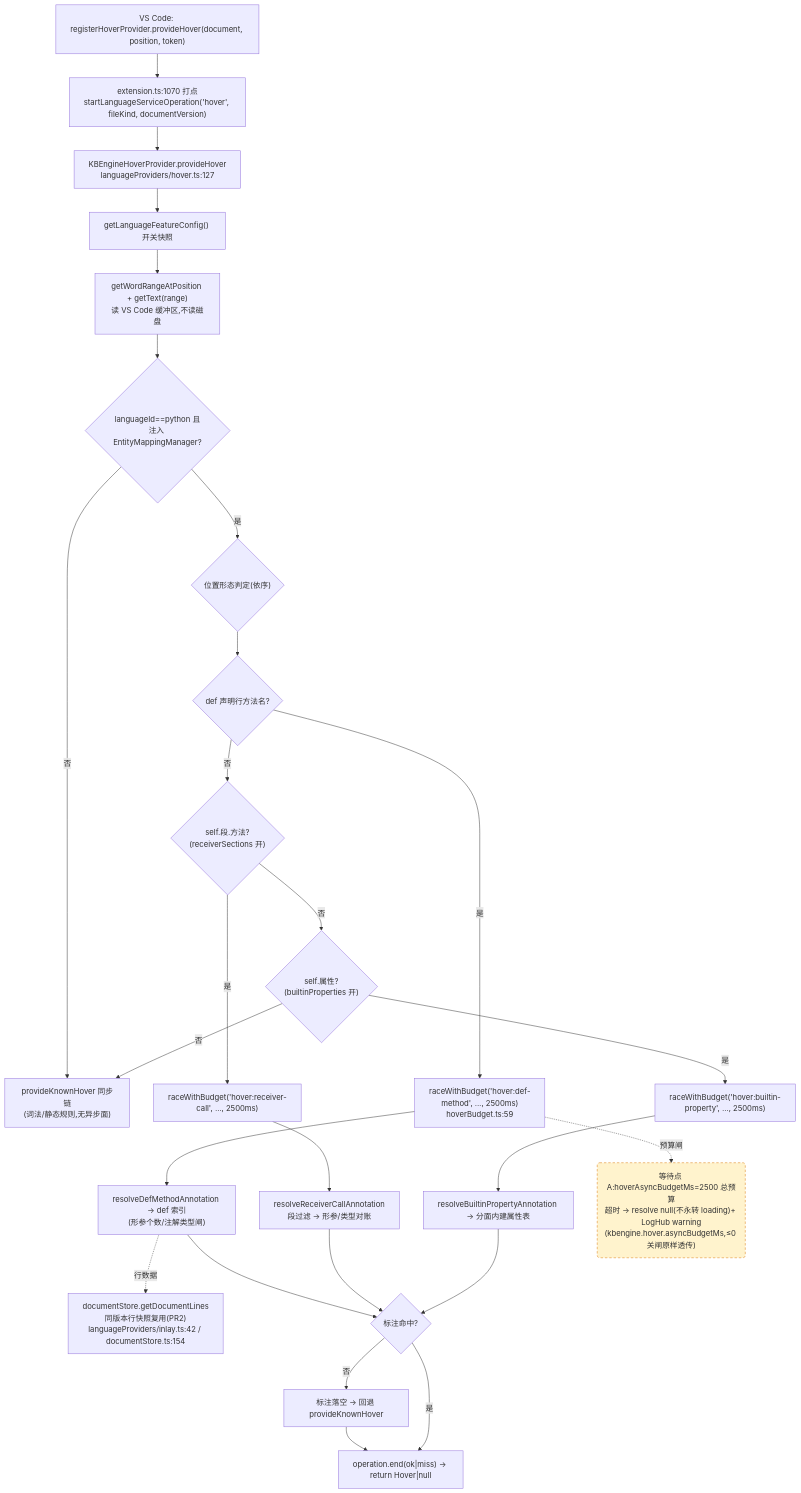
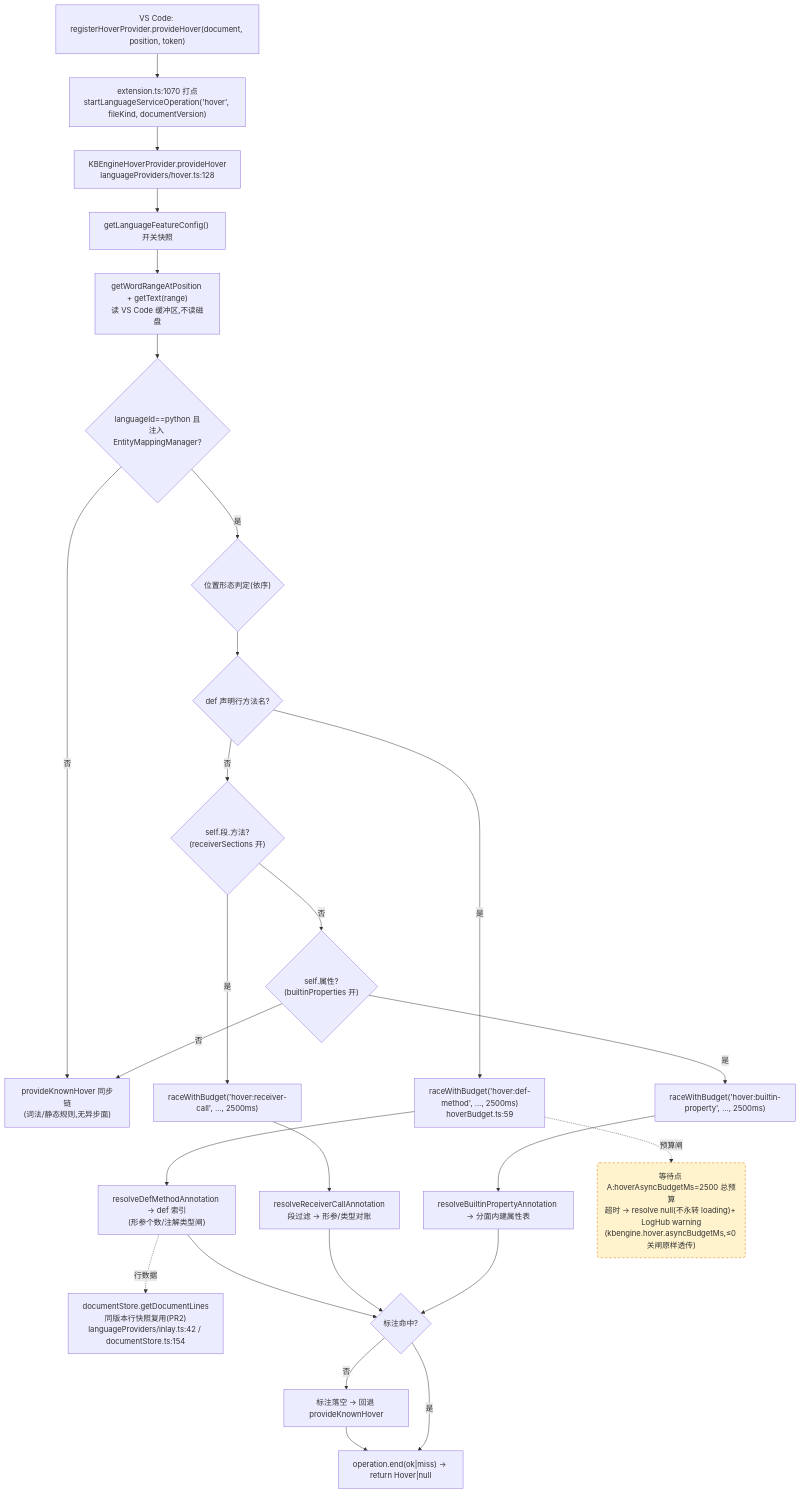
One commit to cuihairu/kode changed the first of 4 diagrams in docs/perf/2026-baseline.md. Above: the diagram before and after it, drawn with Mermaid. The commit also changed other lines of this file and 5 other files, not shown here.

First line of the commit message:
refactor(arch): KODE-ARCH-001 step 5 — extract languageProviders/navigation (pure move)

````diff
--- a/docs/perf/2026-baseline.md
+++ b/docs/perf/2026-baseline.md
@@ -82,45 +82,45 @@
 ```mermaid
 flowchart TD
   VC1["VS Code: registerHoverProvider.provideHover(document, position, token)"]
   M1["extension.ts:1070 打点<br/>startLanguageServiceOperation('hover', fileKind, documentVersion)"]
-  HP["KBEngineHoverProvider.provideHover<br/>languageProviders/hover.ts:127"]
+  HP["KBEngineHoverProvider.provideHover<br/>languageProviders/hover.ts:128"]
   CFG["getLanguageFeatureConfig() 开关快照"]
   WORD["getWordRangeAtPosition + getText(range)<br/>读 VS Code 缓冲区,不读磁盘"]
   BR{"languageId==python 且<br/>注入 EntityMappingManager?"}
   KN["provideKnownHover 同步链<br/>(词法/静态规则,无异步面)"]
   POS{"位置形态判定(依序)"}
   D1{"def 声明行方法名?"}
   D2{"self.段.方法?<br/>(receiverSections 开)"}
   D3{"self.属性?<br/>(builtinProperties 开)"}
   RA1["raceWithBudget('hover:def-method', …, 2500ms)<br/>hoverBudget.ts:59"]
   RA2["raceWithBudget('hover:receiver-call', …, 2500ms)"]
   RA3["raceWithBudget('hover:builtin-property', …, 2500ms)"]
   RS1["resolveDefMethodAnnotation → def 索引<br/>(形参个数/注解类型闸)"]
   RS2["resolveReceiverCallAnnotation<br/>段过滤 → 形参/类型对账"]
   RS3["resolveBuiltinPropertyAnnotation → 分面内建属性表"]
   LINES["documentStore.getDocumentLines<br/>同版本行快照复用(PR2)<br/>languageProviders/inlay.ts:42 / documentStore.ts:154"]
   MISS["标注落空 → 回退 provideKnownHover"]
   END1["operation.end(ok|miss) → return Hover|null"]
 
   VC1 --> M1 --> HP --> CFG --> WORD --> BR
   BR -- "否" --> KN
   BR -- "是" --> POS --> D1
   D1 -- "是" --> RA1 --> RS1
   D1 -- "否" --> D2
   D2 -- "是" --> RA2 --> RS2
   D2 -- "否" --> D3
   D3 -- "是" --> RA3 --> RS3
   D3 -- "否" --> KN
   RS1 --> HIT{"标注命中?"}
   RS2 --> HIT
   RS3 --> HIT
   RS1 -.->|行数据| LINES
   HIT -- "否" --> MISS --> END1
   HIT -- "是" --> END1
 
   WAITA("等待点 A:hoverAsyncBudgetMs=2500 总预算<br/>超时 → resolve null(不永转 loading)+ LogHub warning<br/>(kbengine.hover.asyncBudgetMs,≤0 关闸原样透传)")
   RA1 -.->|预算闸| WAITA
 
   classDef waitPoint fill:#fff3cd,stroke:#d97706,stroke-dasharray:5 4;
   class WAITA waitPoint;
 ```
````
